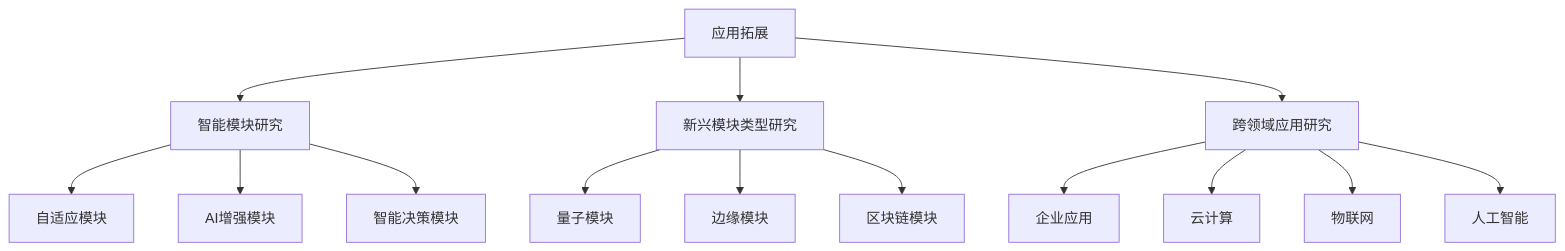
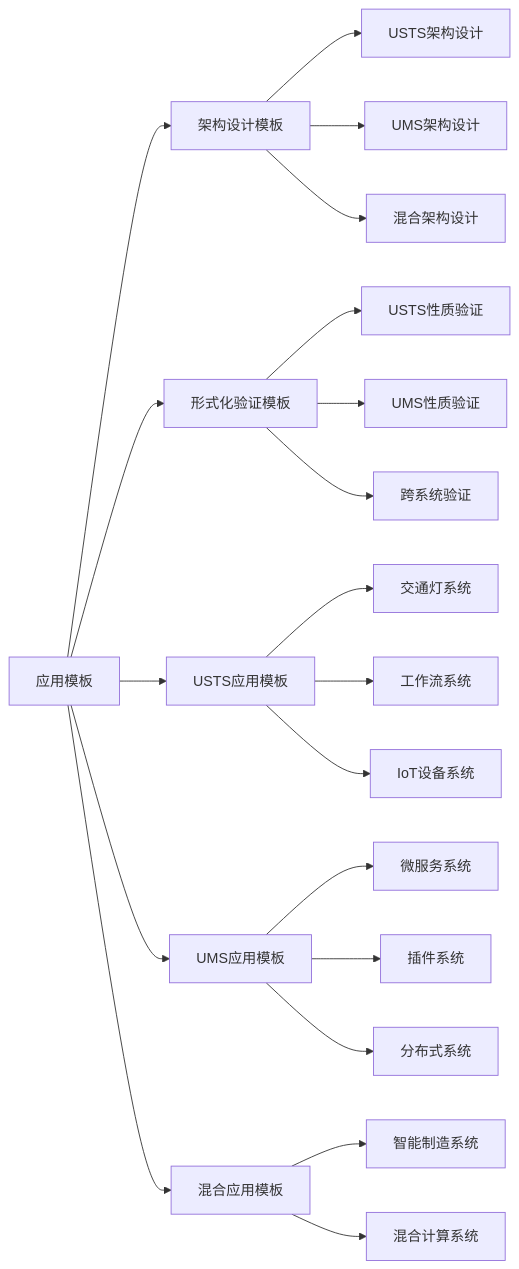
Before and after one commit to AdaMartin18010/formal-architecture: the fourth of 4 diagrams in 形式化架构理论概念图谱-v69.md, drawn with Mermaid. The commit also changed other lines of this file and 16 other files, not shown here.

````diff
--- a/形式化架构理论概念图谱-v69.md
+++ b/形式化架构理论概念图谱-v69.md
@@ -234,16 +241,29 @@
 ```mermaid
-graph TD
-    APP[应用拓展] --> IAM[智能模块研究]
-    IAM --> AM[自适应模块]
-    IAM --> AI[AI增强模块]
-    IAM --> IDM[智能决策模块]
-    APP --> EMT[新兴模块类型研究]
-    EMT --> QM[量子模块]
-    EMT --> EM[边缘模块]
-    EMT --> BM[区块链模块]
-    APP --> CDA[跨领域应用研究]
-    CDA --> EA[企业应用]
-    CDA --> CC[云计算]
-    CDA --> IOT[物联网]
-    CDA --> AI2[人工智能]
+graph LR
+    %% 模板类型
+    AT[应用模板] --> ADT[架构设计模板]
+    AT --> FVT[形式化验证模板]
+    AT --> UST[USTS应用模板]
+    AT --> UMT[UMS应用模板]
+    AT --> HT[混合应用模板]
+    
+    %% 具体模板
+    ADT --> ADT1[USTS架构设计]
+    ADT --> ADT2[UMS架构设计]
+    ADT --> ADT3[混合架构设计]
+    
+    FVT --> FVT1[USTS性质验证]
+    FVT --> FVT2[UMS性质验证]
+    FVT --> FVT3[跨系统验证]
+    
+    UST --> UST1[交通灯系统]
+    UST --> UST2[工作流系统]
+    UST --> UST3[IoT设备系统]
+    
+    UMT --> UMT1[微服务系统]
+    UMT --> UMT2[插件系统]
+    UMT --> UMT3[分布式系统]
+    
+    HT --> HT1[智能制造系统]
+    HT --> HT2[混合计算系统]
 ```
````
